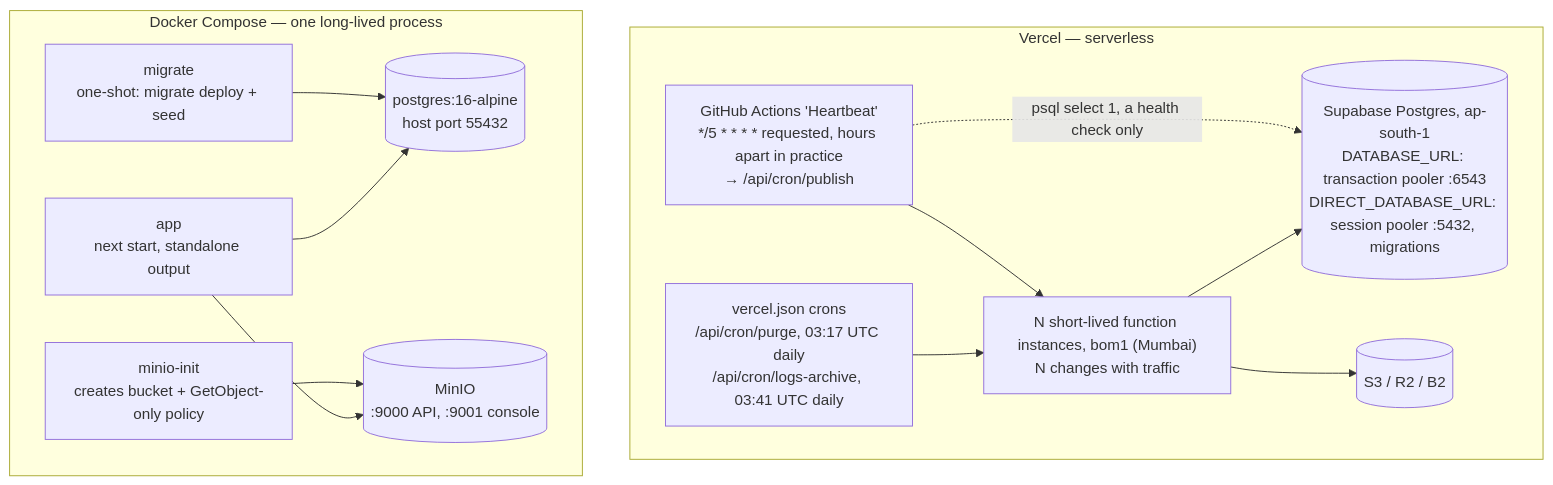
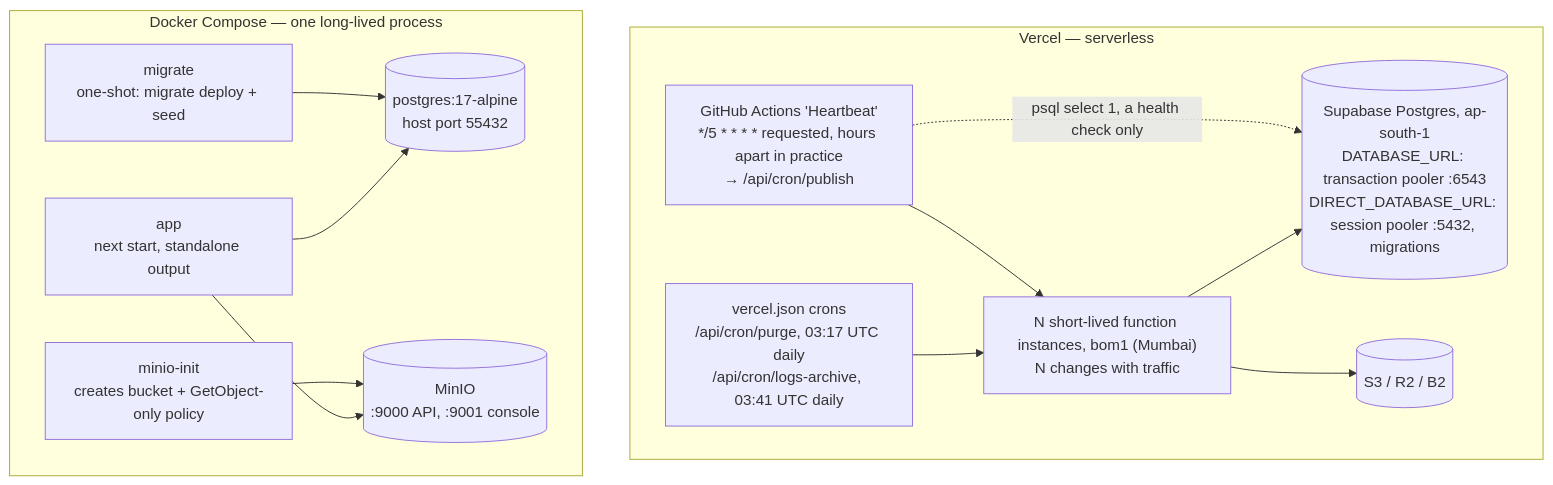
The second of 16 diagrams in docs/ARCHITECTURE.md (cxacraftecosystem-ui/cxa-cms), drawn with Mermaid before and after one commit. The commit also changed 15 other files, not shown here.

````diff
--- a/docs/ARCHITECTURE.md
+++ b/docs/ARCHITECTURE.md
@@ -72,27 +72,27 @@
 ```mermaid
 flowchart TB
     subgraph vercel["Vercel — serverless"]
         vfn["N short-lived function instances, bom1 (Mumbai)<br/>N changes with traffic"]
         vcron["vercel.json crons<br/>/api/cron/purge, 03:17 UTC daily<br/>/api/cron/logs-archive, 03:41 UTC daily"]
         gha["GitHub Actions 'Heartbeat'<br/>*/5 * * * * requested, hours apart in practice<br/>→ /api/cron/publish"]
         vdb[("Supabase Postgres, ap-south-1<br/>DATABASE_URL: transaction pooler :6543<br/>DIRECT_DATABASE_URL: session pooler :5432, migrations")]
         vs3[("S3 / R2 / B2")]
         vfn --> vdb
         vfn --> vs3
         vcron --> vfn
         gha --> vfn
         gha -.->|"psql select 1, a health check only"| vdb
     end
 
     subgraph docker["Docker Compose — one long-lived process"]
         dapp["app<br/>next start, standalone output"]
         dmig["migrate<br/>one-shot: migrate deploy + seed"]
-        dpg[("postgres:16-alpine<br/>host port 55432")]
+        dpg[("postgres:17-alpine<br/>host port 55432")]
         dminio[("MinIO<br/>:9000 API, :9001 console")]
         dinit["minio-init<br/>creates bucket + GetObject-only policy"]
         dmig --> dpg
         dinit --> dminio
         dapp --> dpg
         dapp --> dminio
     end
 ```
````
